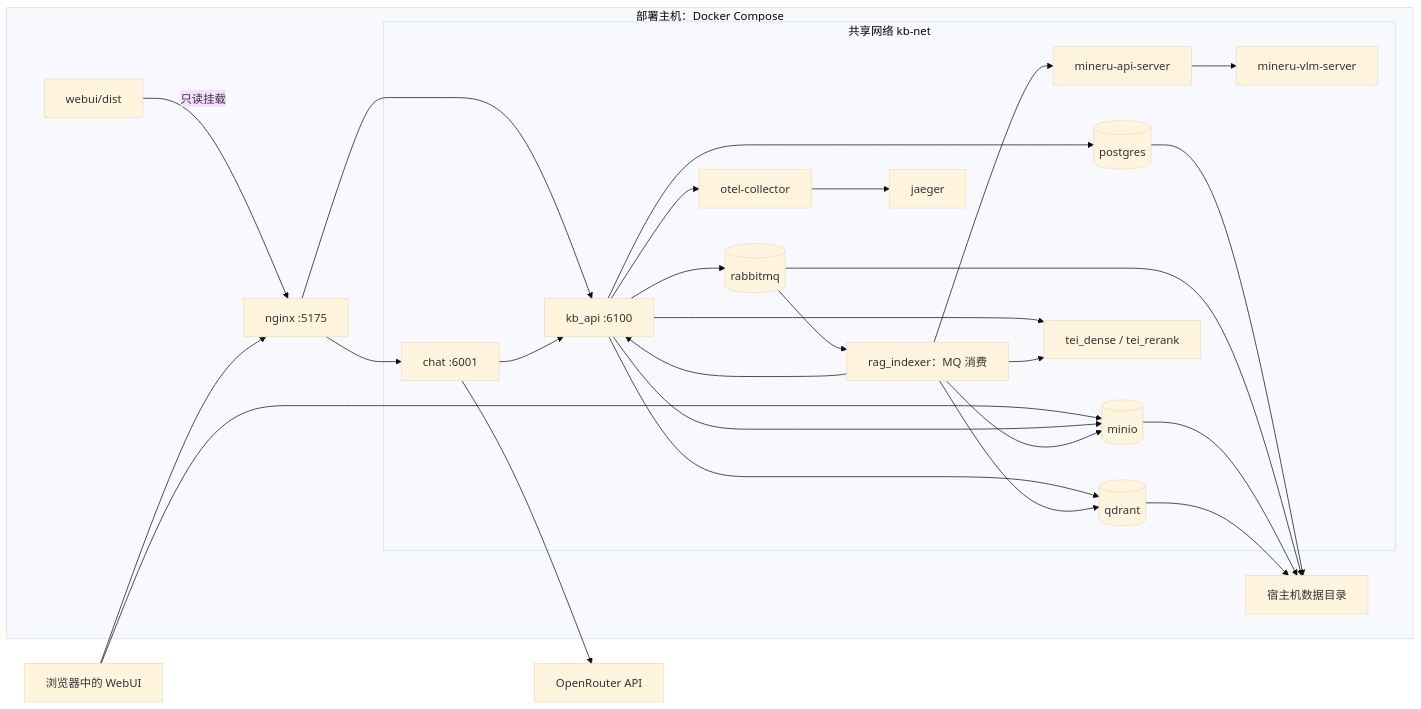
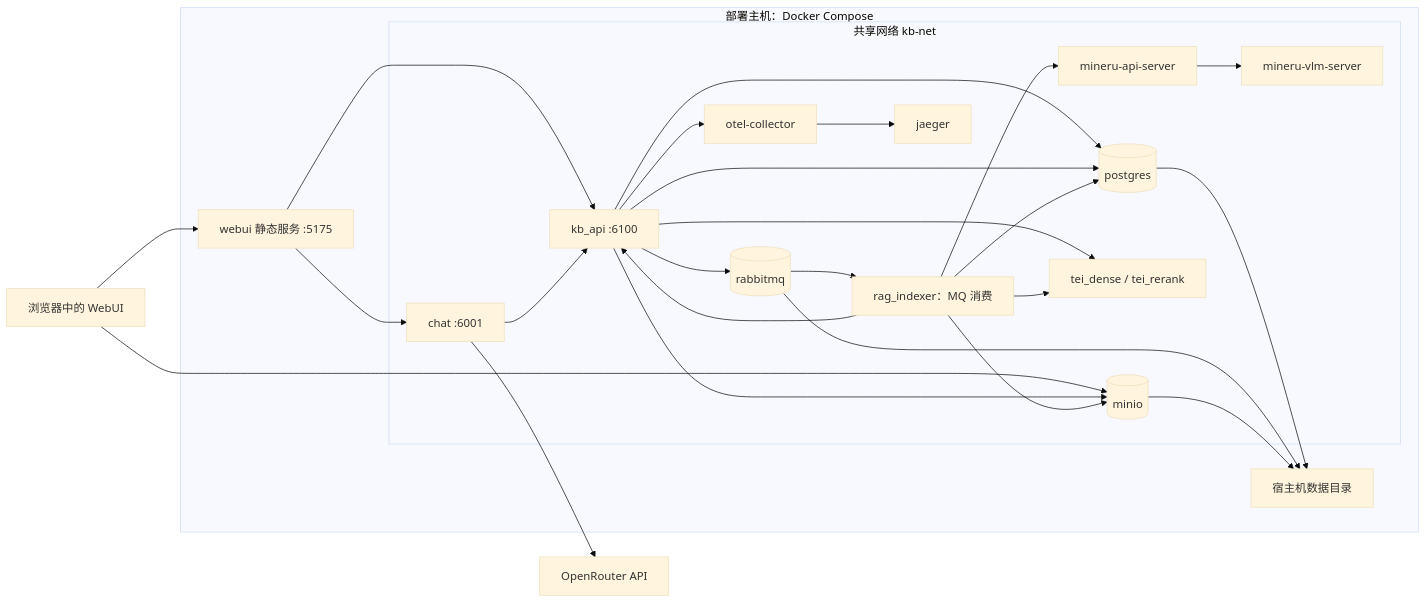
The second of 4 diagrams in docs/interaction-design.md (guobinqiu/kb), drawn with Mermaid (base theme) before and after one commit. The commit also changed other lines of this file and 155 other files, not shown here.

````diff
--- a/docs/interaction-design.md
+++ b/docs/interaction-design.md
@@ -51,49 +51,47 @@
 ```mermaid
 flowchart LR
     Browser["浏览器中的 WebUI"]
 
     subgraph Host["部署主机：Docker Compose"]
-        Dist["webui/dist"] -->|只读挂载| Nginx["nginx :5175"]
+        WebUI["webui 静态服务 :5175"]
 
         subgraph Network["共享网络 kb-net"]
             KB["kb_api :6100"]
             Chat["chat :6001"]
             Indexer["rag_indexer：MQ 消费"]
             Postgres[(postgres)]
             RabbitMQ[(rabbitmq)]
             MinIO[(minio)]
-            Qdrant[(qdrant)]
             TEI["tei_dense / tei_rerank"]
             MinerU["mineru-api-server"]
             VLM["mineru-vlm-server"]
             Collector["otel-collector"]
             Jaeger["jaeger"]
         end
 
         Data["宿主机数据目录"]
     end
 
     OpenRouter["OpenRouter API"]
 
-    Browser --> Nginx
+    Browser --> WebUI
     Browser --> MinIO
-    Nginx --> KB
-    Nginx --> Chat
+    WebUI --> KB
+    WebUI --> Chat
     Chat --> KB
     Chat --> OpenRouter
     KB --> Postgres
     KB --> RabbitMQ --> Indexer
     Indexer --> KB
     KB --> MinIO
     Indexer --> MinIO
-    KB --> Qdrant
-    Indexer --> Qdrant
+    KB --> Postgres
+    Indexer --> Postgres
     KB --> TEI
     Indexer --> TEI
     Indexer --> MinerU --> VLM
     KB --> Collector --> Jaeger
     Postgres --> Data
     RabbitMQ --> Data
     MinIO --> Data
-    Qdrant --> Data
 ```
````
